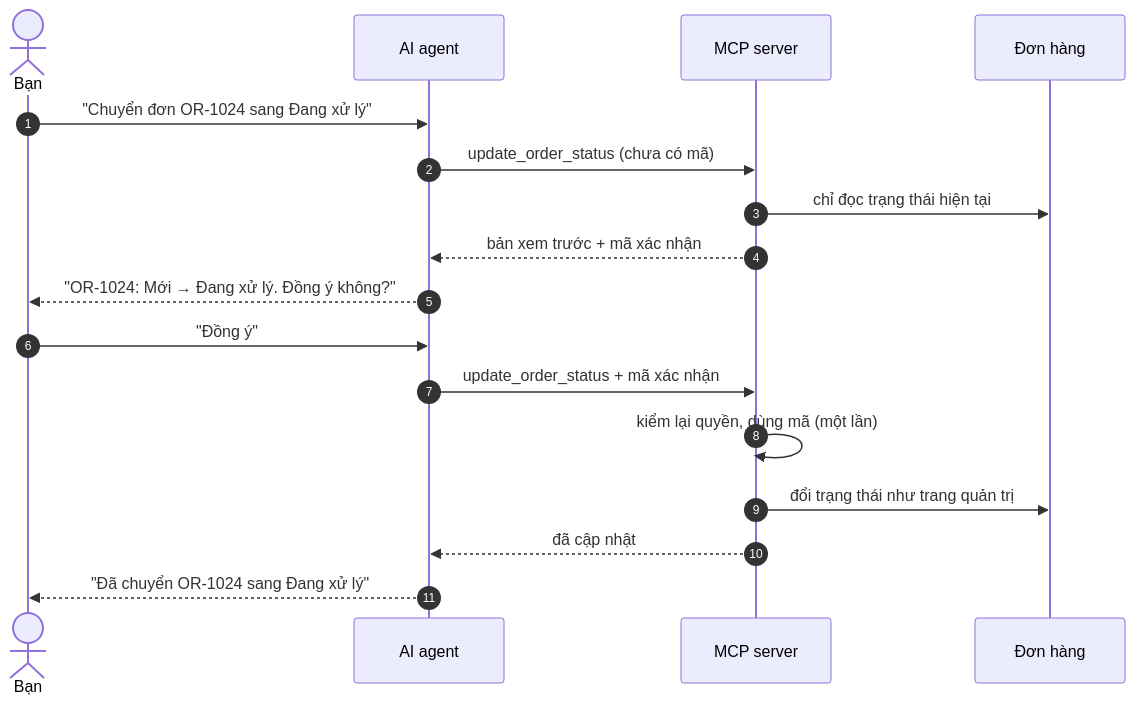
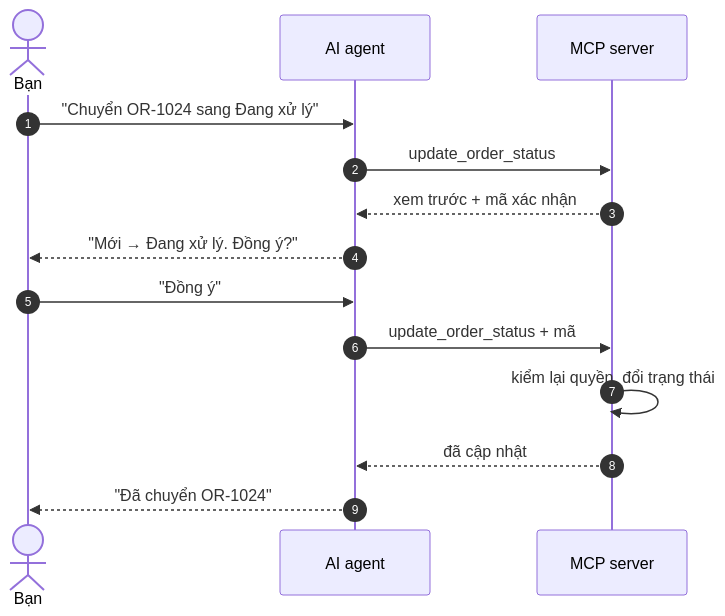
The second of 2 diagrams in mcp/mcp-tools_vi.md (gp247net/gp247-docs), drawn with Mermaid before and after one commit. The commit also changed other lines of this file and 44 other files, not shown here.

First line of the commit message:
docs: redraw oversized diagrams in security, API and MCP docs (vi/en/ja)

````diff
--- a/mcp/mcp-tools_vi.md
+++ b/mcp/mcp-tools_vi.md
@@ -186,19 +186,16 @@
 ```mermaid
 sequenceDiagram
     autonumber
     actor U as Bạn
     participant A as AI agent
     participant M as MCP server
-    participant O as Đơn hàng
-    U->>A: "Chuyển đơn OR-1024 sang Đang xử lý"
-    A->>M: update_order_status (chưa có mã)
-    M->>O: chỉ đọc trạng thái hiện tại
-    M-->>A: bản xem trước + mã xác nhận
-    A-->>U: "OR-1024: Mới → Đang xử lý. Đồng ý không?"
+    U->>A: "Chuyển OR-1024 sang Đang xử lý"
+    A->>M: update_order_status
+    M-->>A: xem trước + mã xác nhận
+    A-->>U: "Mới → Đang xử lý. Đồng ý?"
     U->>A: "Đồng ý"
-    A->>M: update_order_status + mã xác nhận
-    M->>M: kiểm lại quyền, dùng mã (một lần)
-    M->>O: đổi trạng thái như trang quản trị
+    A->>M: update_order_status + mã
+    M->>M: kiểm lại quyền, đổi trạng thái
     M-->>A: đã cập nhật
-    A-->>U: "Đã chuyển OR-1024 sang Đang xử lý"
+    A-->>U: "Đã chuyển OR-1024"
 ```
````
